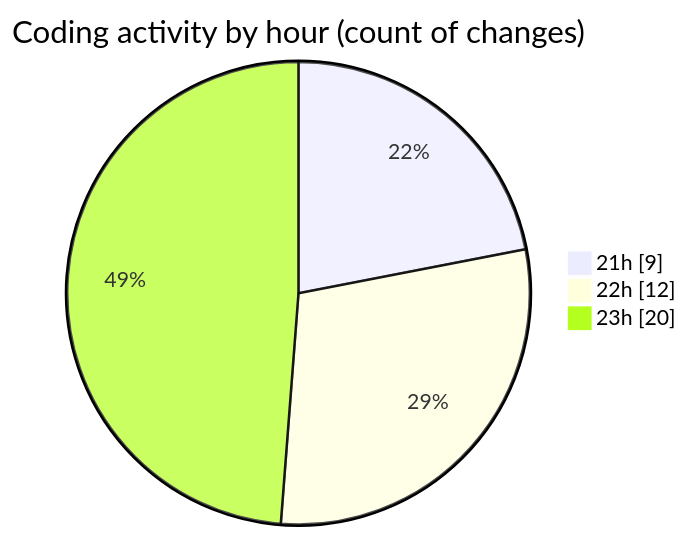
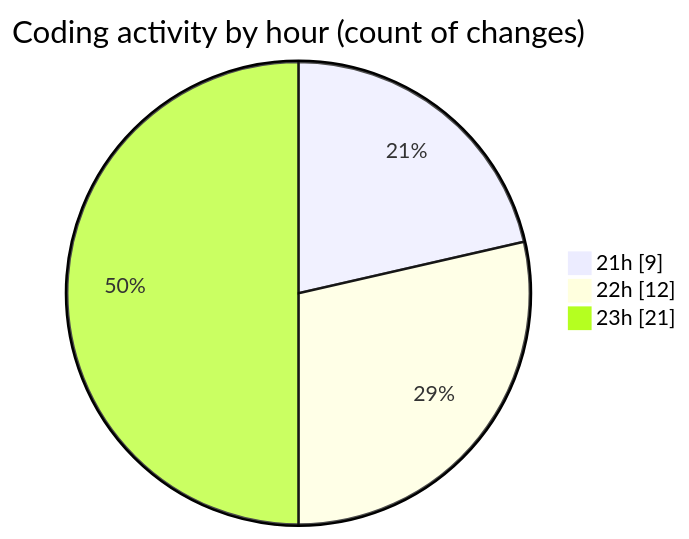
Before and after one commit to idhammustaqopulfikri/code-tracking: the second of 2 diagrams in 2025-03-29/autodidak/README.md, drawn with Mermaid. The commit also changed other lines of this file and 1 other file, not shown here.

````diff
--- a/2025-03-29/autodidak/README.md
+++ b/2025-03-29/autodidak/README.md
@@ -37,7 +37,7 @@
 ```mermaid
 pie showData
 title Coding activity by hour (count of changes)
 "21h" : 9
 "22h" : 12
-"23h" : 20
+"23h" : 21
 ```
````
